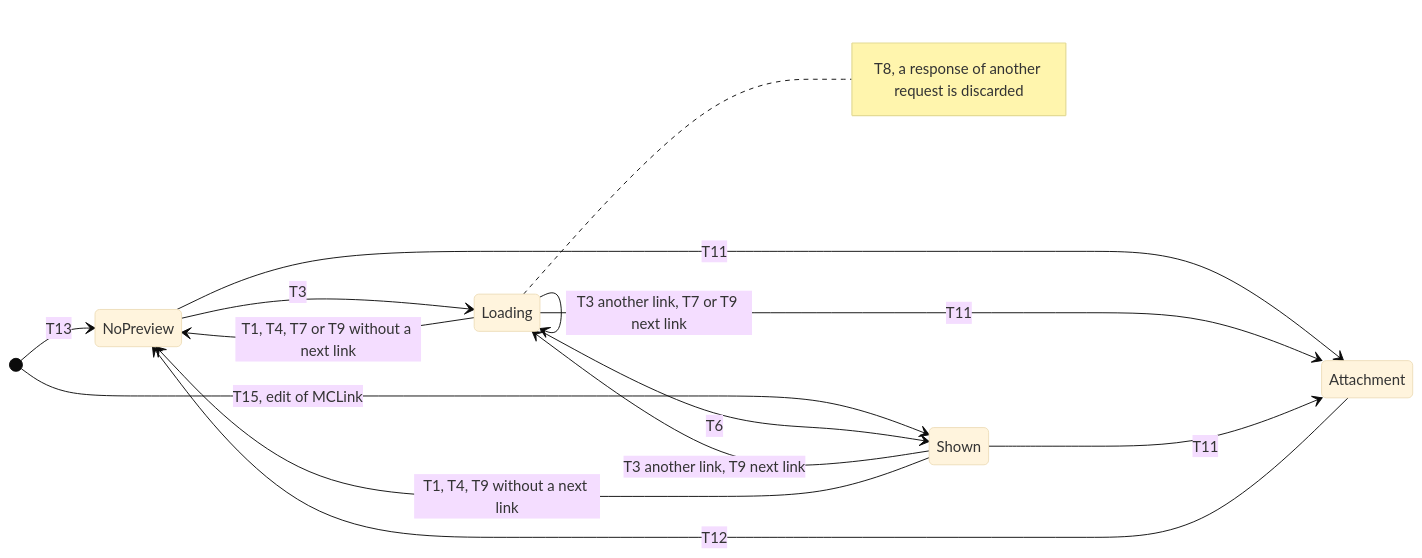
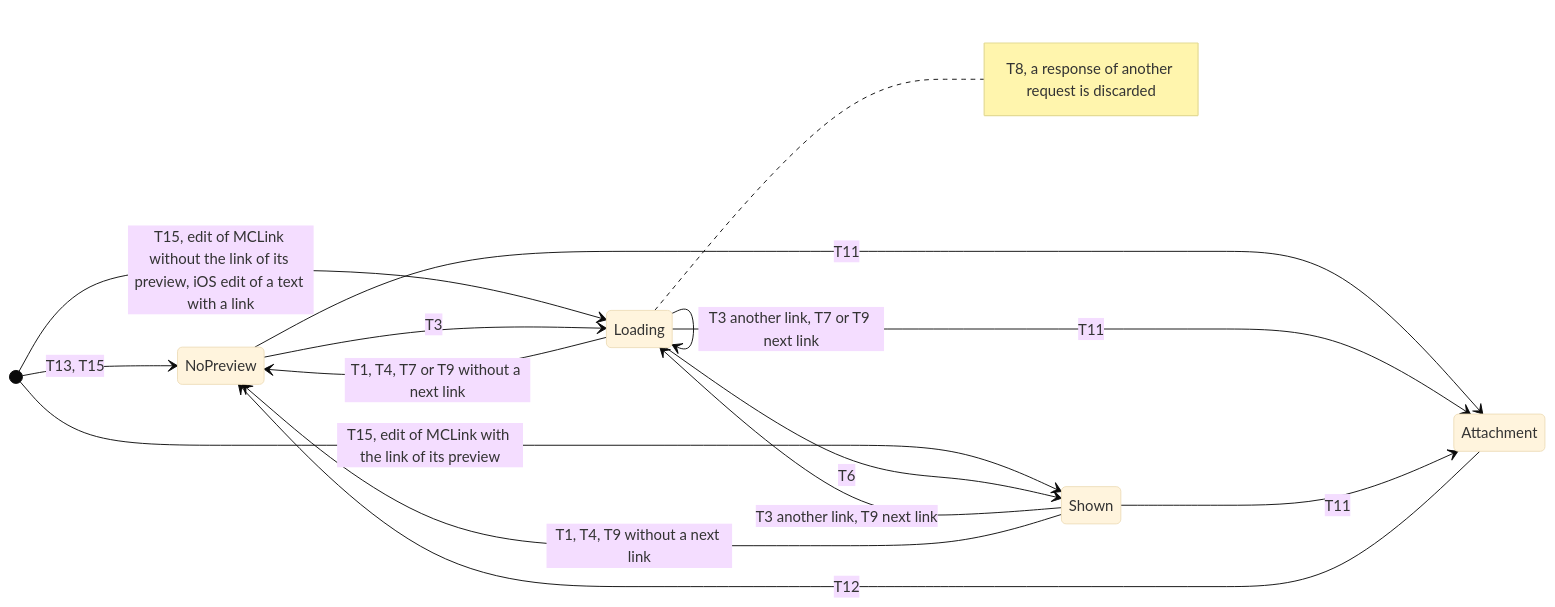
One commit to simplex-chat/simplex-chat changed the sixth of 9 diagrams in plans/2026-11-21-link-previews-core.md. Above: the diagram before and after it, drawn with Mermaid (base theme). The commit also changed other lines of this file, not shown here.

Commit message:
docs: plan follows the link preview names and edits as built

````diff
--- a/plans/2026-11-21-link-previews-core.md
+++ b/plans/2026-11-21-link-previews-core.md
@@ -608,19 +610,20 @@
 ```mermaid
 stateDiagram-v2
   direction LR
-  [*] --> NoPreview: T13
-  [*] --> Shown: T15, edit of MCLink
+  [*] --> NoPreview: T13, T15
+  [*] --> Shown: T15, edit of MCLink with the link of its preview
+  [*] --> Loading: T15, edit of MCLink without the link of its preview, iOS edit of a text with a link
   NoPreview --> Loading: T3
   Loading --> Loading: T3 another link, T7 or T9 next link
   Shown --> Loading: T3 another link, T9 next link
   Loading --> Shown: T6
   Loading --> NoPreview: T1, T4, T7 or T9 without a next link
   Shown --> NoPreview: T1, T4, T9 without a next link
   NoPreview --> Attachment: T11
   Loading --> Attachment: T11
   Shown --> Attachment: T11
   Attachment --> NoPreview: T12
   note right of Loading
     T8, a response of another request is discarded
   end note
 ```
````
